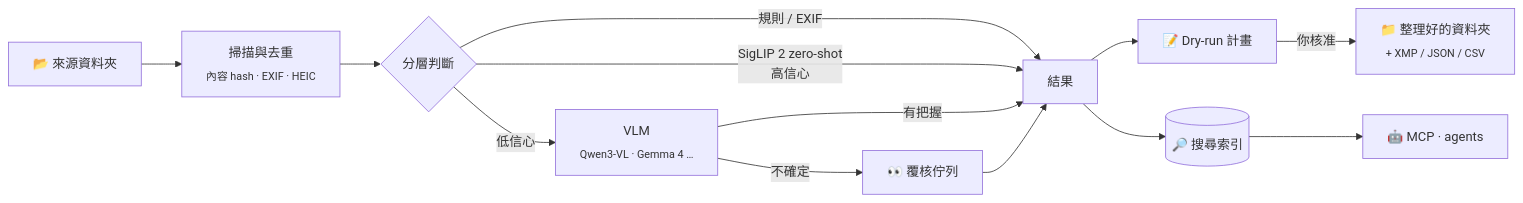
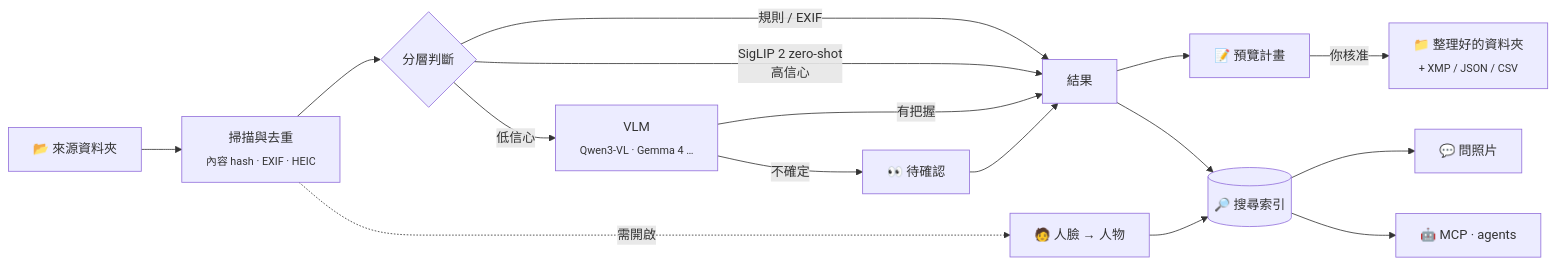
One commit to romanticamaj/openphotoagent changed the first of 2 diagrams in README.zh-TW.md. Above: the diagram before and after it, drawn with Mermaid. The commit also changed other lines of this file and 13 other files, not shown here.

First line of the commit message:
docs: feature coverage review; reconcile specs, roadmap, CLI name opagent

````diff
--- a/README.zh-TW.md
+++ b/README.zh-TW.md
@@ -87,15 +104,18 @@
 ```mermaid
 flowchart LR
   A["📂 來源資料夾"] --> B["掃描與去重<br/><sub>內容 hash · EXIF · HEIC</sub>"]
   B --> C{"分層判斷"}
   C -->|"規則 / EXIF"| R["結果"]
   C -->|"SigLIP 2 zero-shot<br/>高信心"| R
   C -->|"低信心"| V["VLM<br/><sub>Qwen3-VL · Gemma 4 …</sub>"]
   V -->|"有把握"| R
-  V -->|"不確定"| Q["👀 覆核佇列"]
+  V -->|"不確定"| Q["👀 待確認"]
   Q --> R
-  R --> P["📝 Dry-run 計畫"]
+  R --> P["📝 預覽計畫"]
   P -->|"你核准"| O["📁 整理好的資料夾<br/><sub>+ XMP / JSON / CSV</sub>"]
+  B -.->|"需開啟"| F["🧑 人臉 → 人物"]
   R --> S[("🔎 搜尋索引")]
+  F --> S
+  S --> K["💬 問照片"]
   S --> M["🤖 MCP · agents"]
 ```
````
